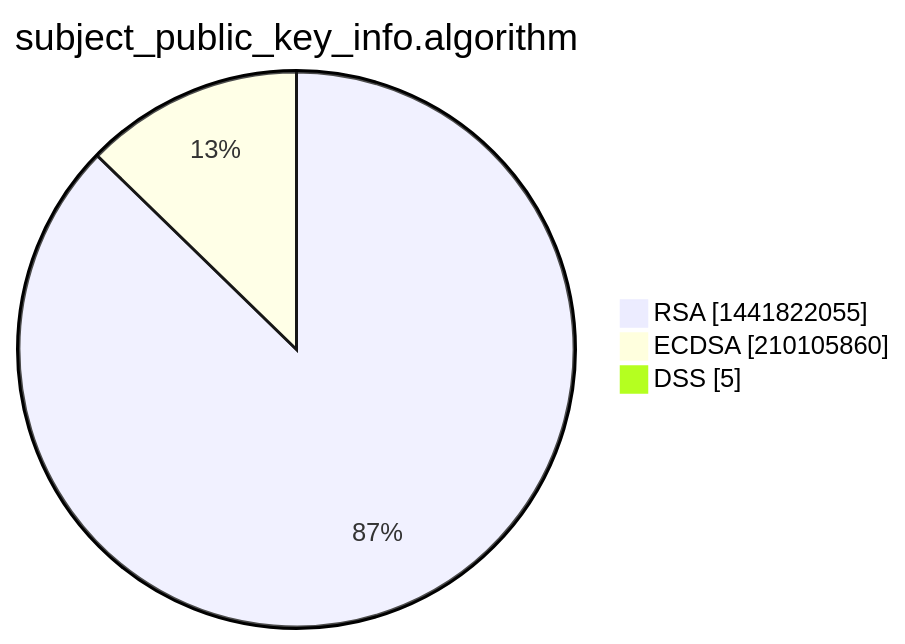
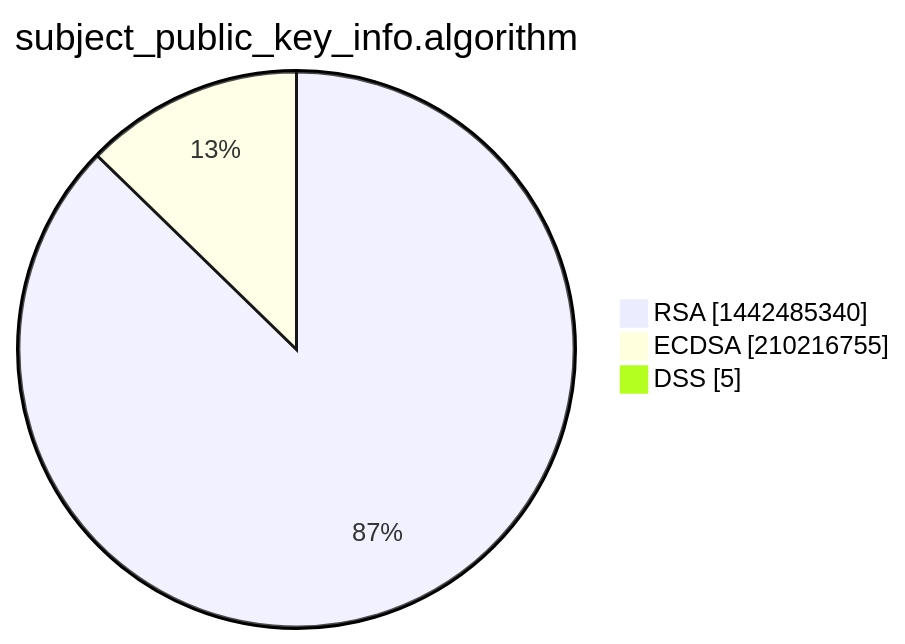
The third of 15 diagrams in xenon2022/README.md (christiankrug/ctmonitor_visualization), drawn with Mermaid before and after one commit. The commit also changed other lines of this file, not shown here.

````diff
--- a/xenon2022/README.md
+++ b/xenon2022/README.md
@@ -14,7 +14,7 @@
 ```mermaid
 pie showData
 title subject_public_key_info.algorithm
-"RSA" :1441822055
-"ECDSA" :210105860
+"RSA" :1442485340
+"ECDSA" :210216755
 "DSS" :5
 ```
````
